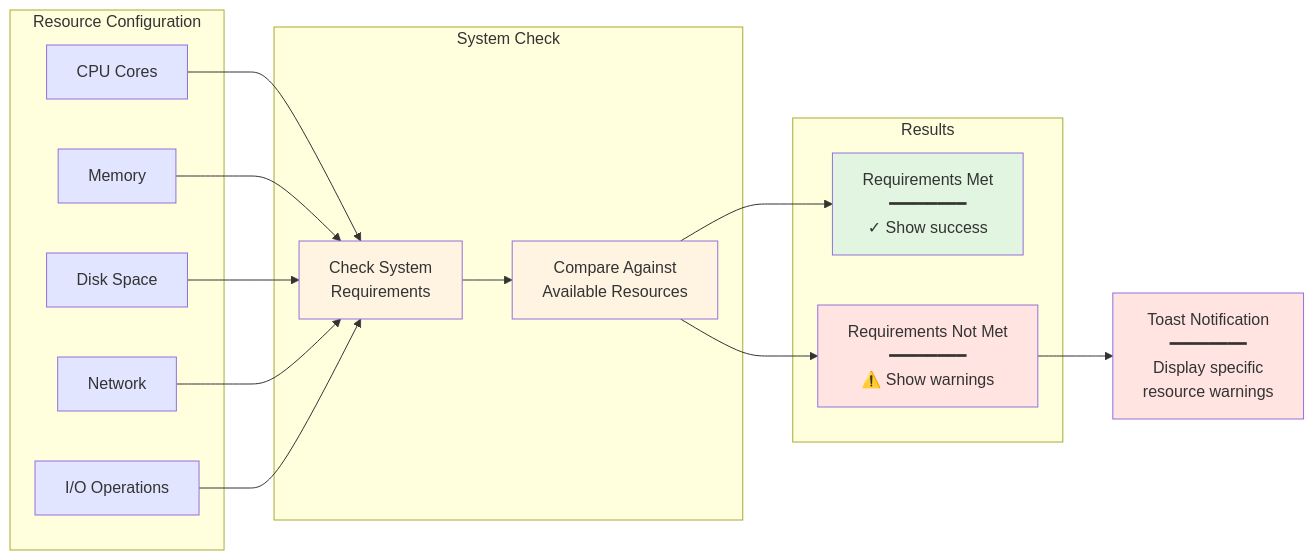
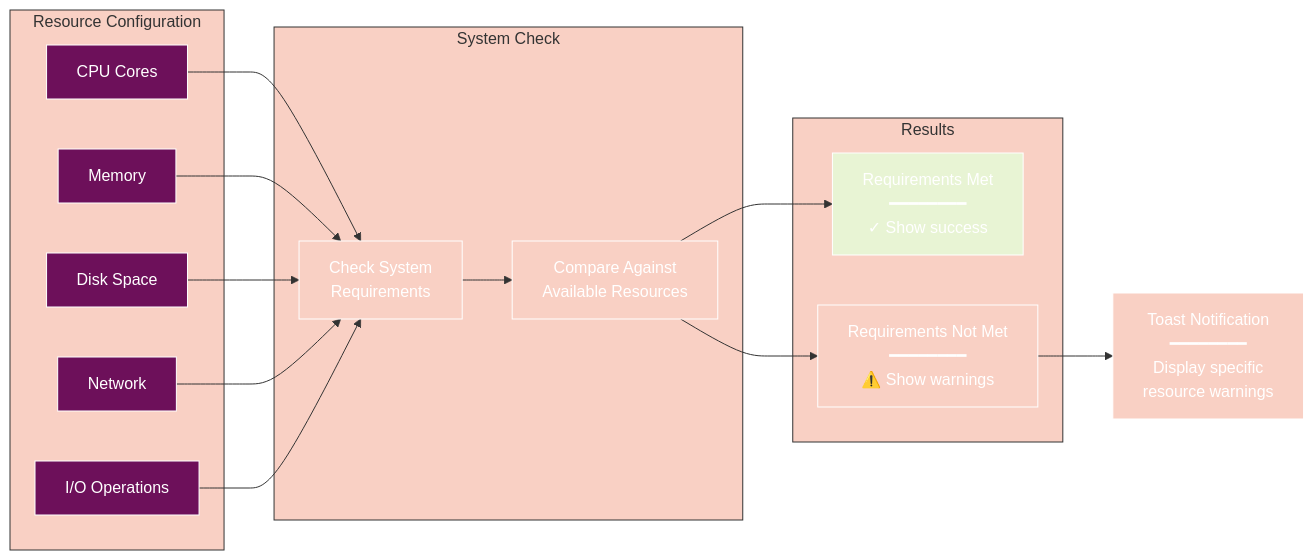
One commit to radicalkjax/Athena changed the eighth of 10 diagrams in docs/components/CONTAINER_CONFIG_SELECTOR.md. Above: the diagram before and after it, drawn with Mermaid. The commit also changed other lines of this file and 27 other files, not shown here.

Commit message:
Introduction of expo package manager. Updated docs to reflect changes. Unified mermaid theme for docs.

````diff
--- a/docs/components/CONTAINER_CONFIG_SELECTOR.md
+++ b/docs/components/CONTAINER_CONFIG_SELECTOR.md
@@ -426,44 +573,65 @@
 ```mermaid
+%%{init: {
+  'theme': 'base',
+  'themeVariables': {
+    'primaryColor': '#6d105a',
+    'primaryTextColor': '#ffffff',
+    'primaryBorderColor': '#ffffff',
+    'lineColor': '#333333',
+    'secondaryColor': '#e8f4d4',
+    'secondaryTextColor': '#333333',
+    'secondaryBorderColor': '#333333',
+    'tertiaryColor': '#f9d0c4',
+    'tertiaryTextColor': '#333333',
+    'tertiaryBorderColor': '#333333',
+    'background': '#ffffff',
+    'mainBkg': '#6d105a',
+    'secondBkg': '#e8f4d4',
+    'tertiaryBkg': '#f9d0c4',
+    'textColor': '#333333',
+    'fontFamily': 'Arial, sans-serif'
+  }
+}}%%
 flowchart LR
     subgraph "Resource Configuration"
         CPU[CPU Cores]
         MEM[Memory]
         DISK[Disk Space]
         NET[Network]
         IO[I/O Operations]
     end
     
     subgraph "System Check"
         CHECK[Check System<br/>Requirements]
         COMPARE[Compare Against<br/>Available Resources]
     end
     
     subgraph "Results"
         PASS[Requirements Met<br/>━━━━━━━━<br/>✓ Show success]
         WARN[Requirements Not Met<br/>━━━━━━━━<br/>⚠️ Show warnings]
     end
     
     CPU --> CHECK
     MEM --> CHECK
     DISK --> CHECK
     NET --> CHECK
     IO --> CHECK
     
     CHECK --> COMPARE
     
     COMPARE --> PASS
     COMPARE --> WARN
     
     WARN --> TOAST[Toast Notification<br/>━━━━━━━━<br/>Display specific<br/>resource warnings]
     
-    style CPU fill:#e1e5ff
-    style MEM fill:#e1e5ff
-    style DISK fill:#e1e5ff
-    style NET fill:#e1e5ff
-    style IO fill:#e1e5ff
-    style CHECK fill:#fff4e1
-    style COMPARE fill:#fff4e1
-    style PASS fill:#e1f5e1
-    style WARN fill:#ffe4e1
-    style TOAST fill:#ffe4e1
+    style CPU fill:#6d105a
+    style MEM fill:#6d105a
+    style DISK fill:#6d105a
+    style NET fill:#6d105a
+    style IO fill:#6d105a
+    style CHECK fill:#f9d0c4
+    style COMPARE fill:#f9d0c4
+    style PASS fill:#e8f4d4
+    style WARN fill:#f9d0c4
+    style TOAST fill:#f9d0c4
 ```
````
